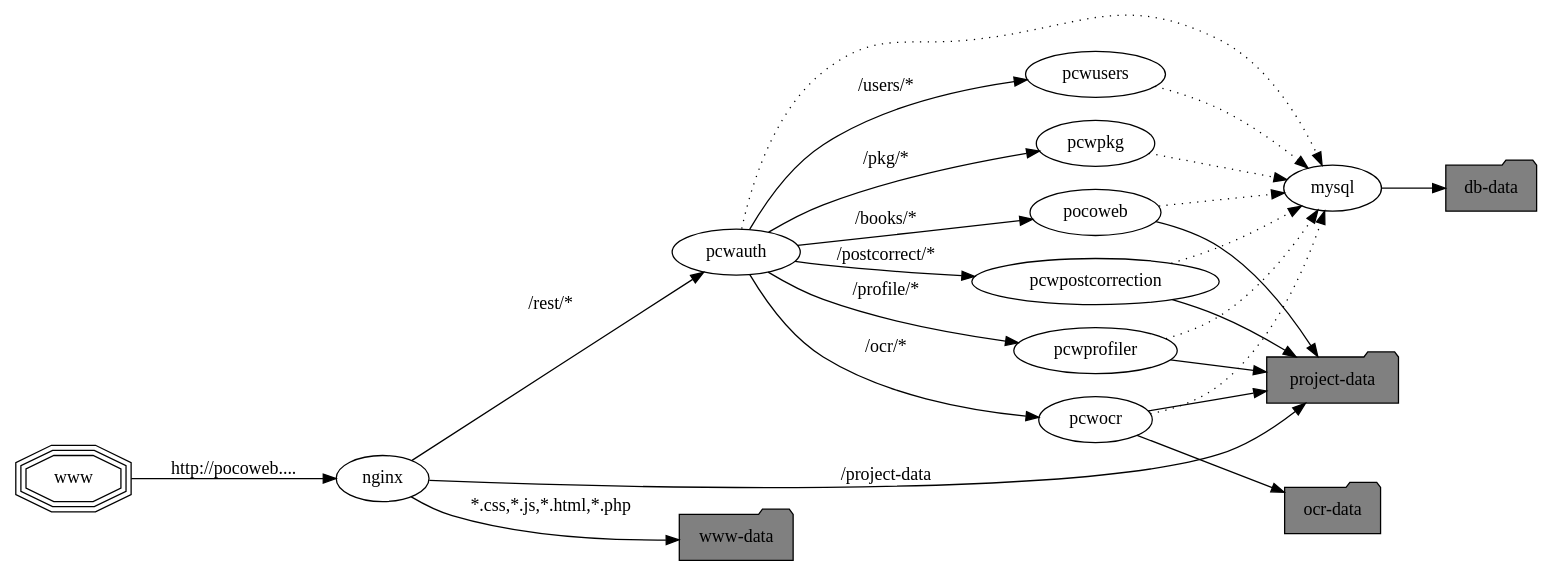
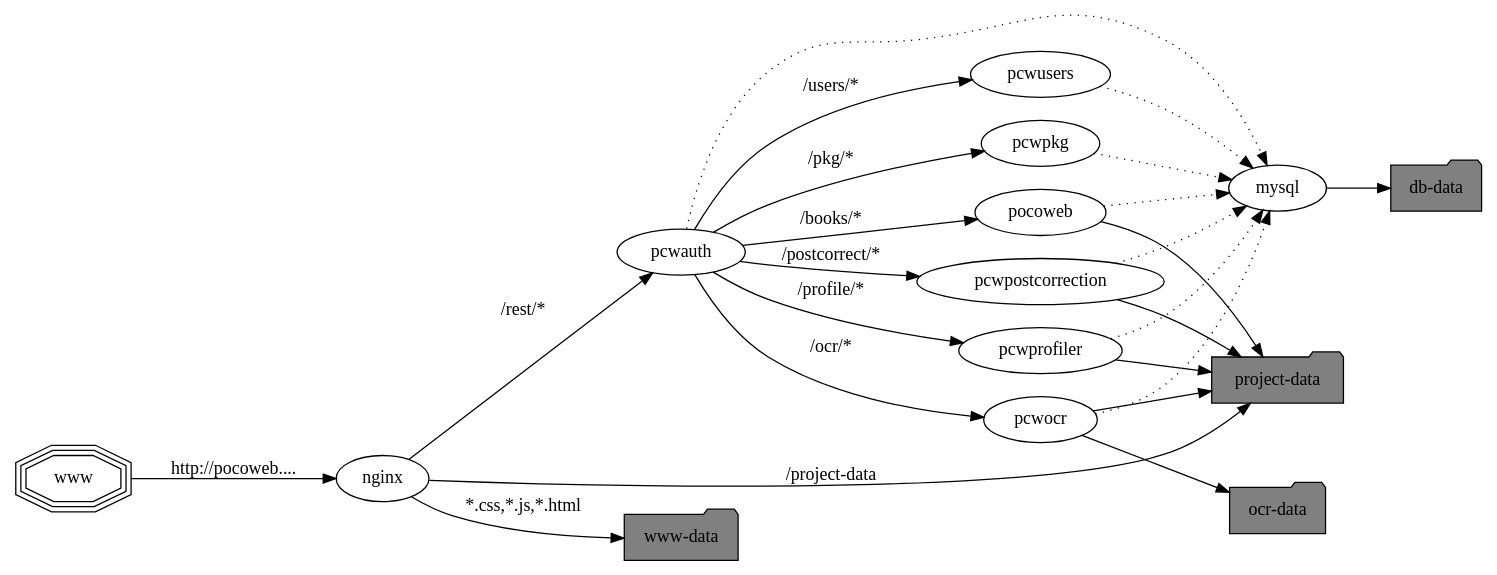
One commit to cisocrgroup/pocoweb changed the diagram in frontend/public_html/assets/images/doc/overview.dot. Above: the diagram before and after it, drawn with Graphviz.

Commit message:
Update services image source

```diff
--- a/frontend/public_html/assets/images/doc/overview.dot
+++ b/frontend/public_html/assets/images/doc/overview.dot
@@ -1,41 +1,41 @@
 digraph ov {
  rankdir=LR;
  www [shape=tripleoctagon]
  nginx
  pocoweb
  mysql
  pcwauth
  pcwusers
  pcwprofiler
  pcwpostcorrection
  pcwocr
  pcwpkg
  wwwd [label="www-data" shape=folder fillcolor=gray style=filled]
  projectd [label="project-data" shape=folder fillcolor=gray style=filled]
  ocrd [label="ocr-data" shape=folder fillcolor=gray style=filled]
  dbd [label="db-data" shape=folder fillcolor=gray style=filled]
 
  www -> nginx [label="http://pocoweb...."]
  nginx -> pcwauth [label="/rest/*"]
  nginx -> projectd [label="/project-data"]
- nginx -> wwwd [label="*.css,*.js,*.html,*.php"]
+ nginx -> wwwd [label="*.css,*.js,*.html"]
  pocoweb -> mysql [style=dotted]
  pocoweb -> projectd
  pcwauth -> pocoweb [label="/books/*"]
  pcwauth -> pcwusers [label="/users/*"]
  pcwauth -> pcwocr [label="/ocr/*"]
  pcwauth -> pcwprofiler [label="/profile/*"]
  pcwauth -> pcwpostcorrection [label="/postcorrect/*"]
  pcwauth -> pcwpkg [label="/pkg/*"]
  pcwauth -> mysql [style=dotted]
  pcwprofiler -> projectd
  pcwprofiler -> mysql [style=dotted]
  pcwpostcorrection -> projectd
  pcwpostcorrection -> mysql [style=dotted]
  pcwocr -> projectd
  pcwocr -> mysql [style=dotted]
  pcwocr -> ocrd
  pcwusers -> mysql [style=dotted]
  mysql -> dbd
  pcwpkg -> mysql [style=dotted]
 }
```
